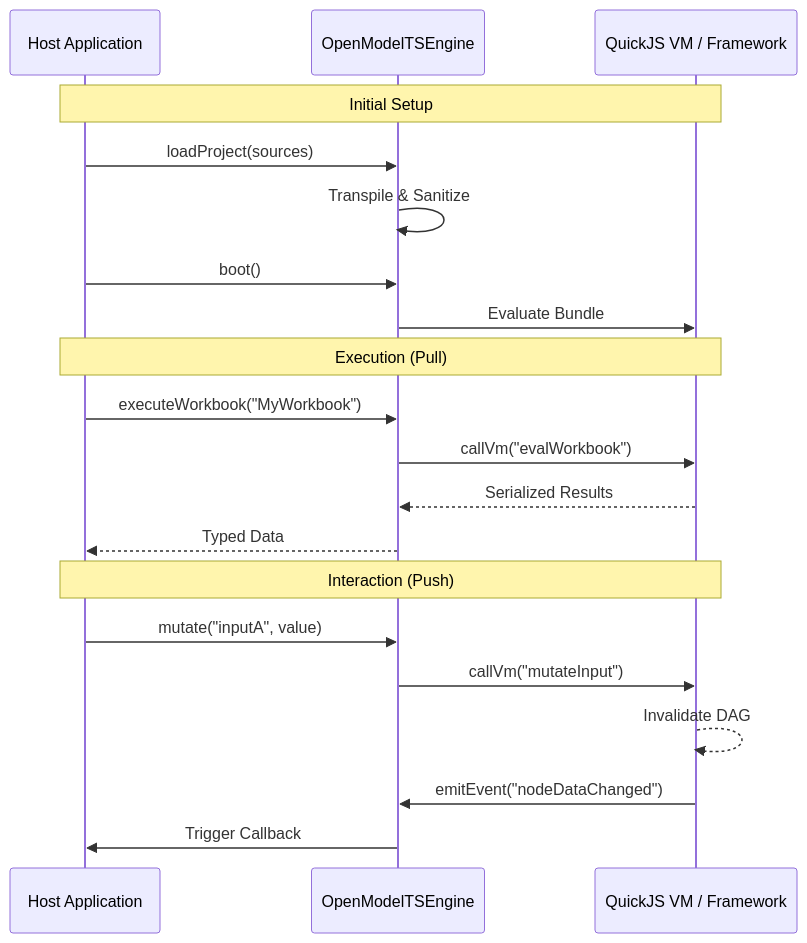
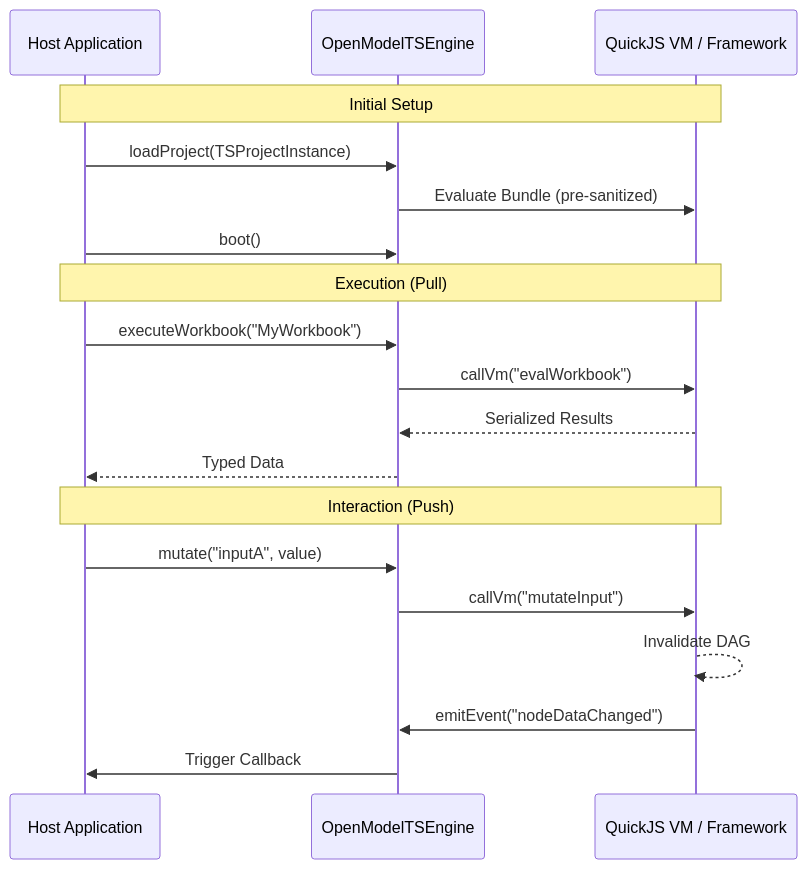
One commit to rimvydasb/open-modeler-bindings changed the second of 2 diagrams in docs/ARCHITECTURE.md. Above: the diagram before and after it, drawn with Mermaid. The commit also changed 2 other files, not shown here.

````diff
--- a/docs/ARCHITECTURE.md
+++ b/docs/ARCHITECTURE.md
@@ -56,22 +56,21 @@
 ```mermaid
 sequenceDiagram
     participant Host as Host Application
     participant Engine as OpenModelTSEngine
     participant VM as QuickJS VM / Framework
     Note over Host, VM: Initial Setup
-    Host ->> Engine: loadProject(sources)
-    Engine ->> Engine: Transpile & Sanitize
+    Host ->> Engine: loadProject(TSProjectInstance)
+    Engine ->> VM: Evaluate Bundle (pre-sanitized)
     Host ->> Engine: boot()
-    Engine ->> VM: Evaluate Bundle
     Note over Host, VM: Execution (Pull)
     Host ->> Engine: executeWorkbook("MyWorkbook")
     Engine ->> VM: callVm("evalWorkbook")
     VM -->> Engine: Serialized Results
     Engine -->> Host: Typed Data
     Note over Host, VM: Interaction (Push)
     Host ->> Engine: mutate("inputA", value)
     Engine ->> VM: callVm("mutateInput")
     VM -->> VM: Invalidate DAG
     VM ->> Engine: emitEvent("nodeDataChanged")
     Engine ->> Host: Trigger Callback
 ```
````
